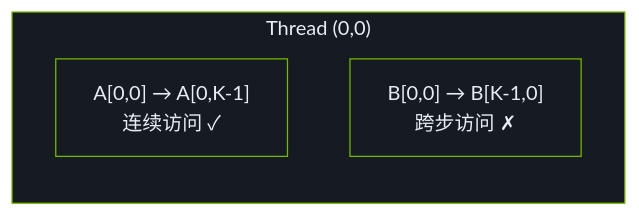
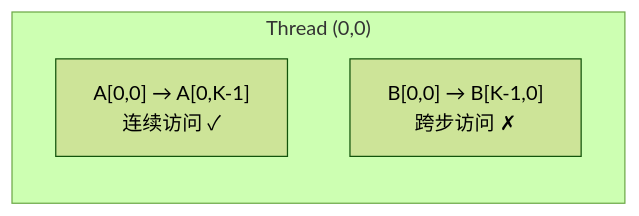
Before and after one commit to LessUp/cuda-kernel-academy: the diagram in docs/zh/modules/01/sgemm-naive.md, drawn with Mermaid (forest theme). The commit also changed 45 other files, not shown here.

````diff
--- a/docs/zh/modules/01/sgemm-naive.md
+++ b/docs/zh/modules/01/sgemm-naive.md
@@ -35,11 +35,8 @@
 ```mermaid
 flowchart LR
     subgraph Thread00["Thread (0,0)"]
         A0["A[0,0] → A[0,K-1]<br/>连续访问 ✓"]
         B0["B[0,0] → B[K-1,0]<br/>跨步访问 ✗"]
     end
 
-    style Thread00 fill:#161b22,stroke:#76B900,color:#e6edf3
-    style A0 fill:#161b22,stroke:#76B900,color:#e6edf3
-    style B0 fill:#161b22,stroke:#76B900,color:#e6edf3
 ```
````
